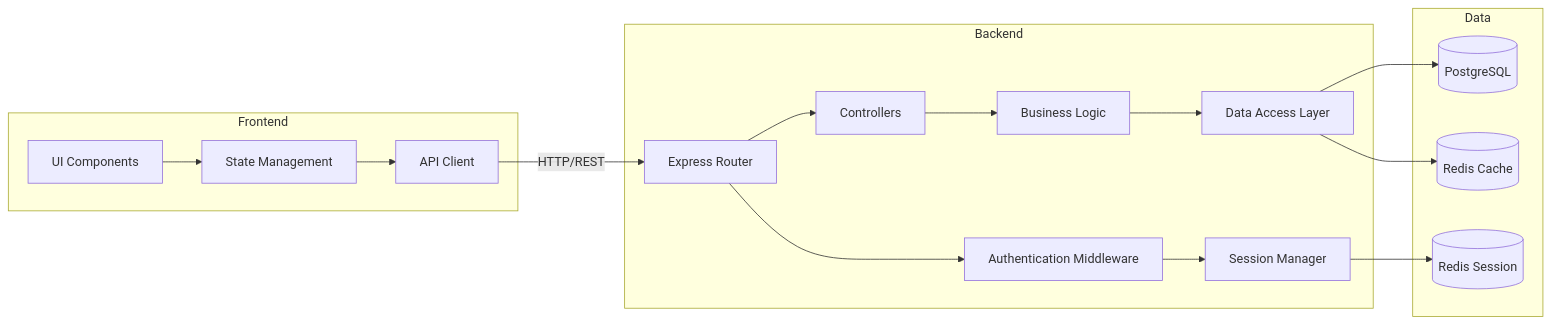
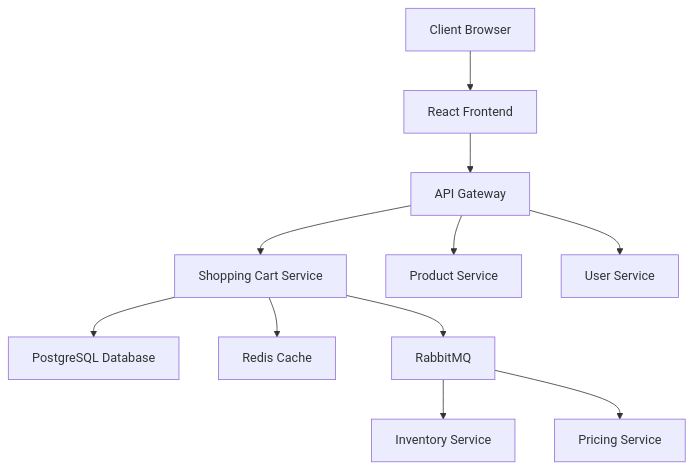
One commit to NavneetBN47/aava-ecom-demo changed the first of 5 diagrams in docs/LLD/lld.md. Above: the diagram before and after it, drawn with Mermaid. The commit also changed other lines of this file, not shown here.

````diff
--- a/docs/LLD/lld.md
+++ b/docs/LLD/lld.md
@@ -73,35 +51,13 @@
 ```mermaid
-graph LR
-    subgraph Frontend
-        UI[UI Components]
-        State[State Management]
-        API_Client[API Client]
-    end
-    
-    subgraph Backend
-        Router[Express Router]
-        Controller[Controllers]
-        Service[Business Logic]
-        Repository[Data Access Layer]
-        Auth[Authentication Middleware]
-        SessionMgr[Session Manager]
-    end
-    
-    subgraph Data
-        DB[(PostgreSQL)]
-        Cache[(Redis Cache)]
-        SessionStore[(Redis Session)]
-    end
-    
-    UI --> State
-    State --> API_Client
-    API_Client -->|HTTP/REST| Router
-    Router --> Auth
-    Auth --> SessionMgr
-    SessionMgr --> SessionStore
-    Router --> Controller
-    Controller --> Service
-    Service --> Repository
-    Repository --> DB
-    Repository --> Cache
+graph TB
+    A[Client Browser] --> B[React Frontend]
+    B --> C[API Gateway]
+    C --> D[Shopping Cart Service]
+    C --> E[Product Service]
+    C --> F[User Service]
+    D --> G[PostgreSQL Database]
+    D --> H[Redis Cache]
+    D --> I[RabbitMQ]
+    I --> J[Inventory Service]
+    I --> K[Pricing Service]
 ```
````
